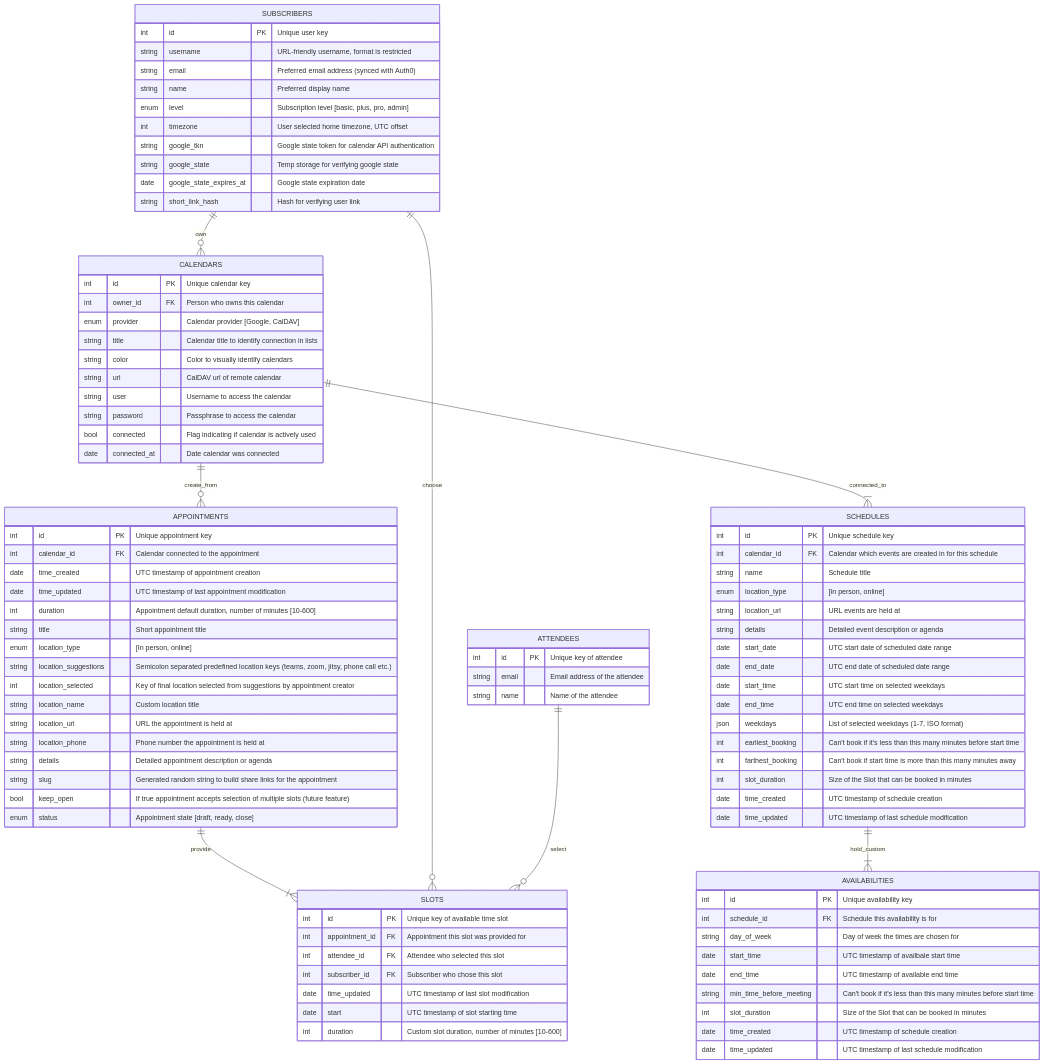
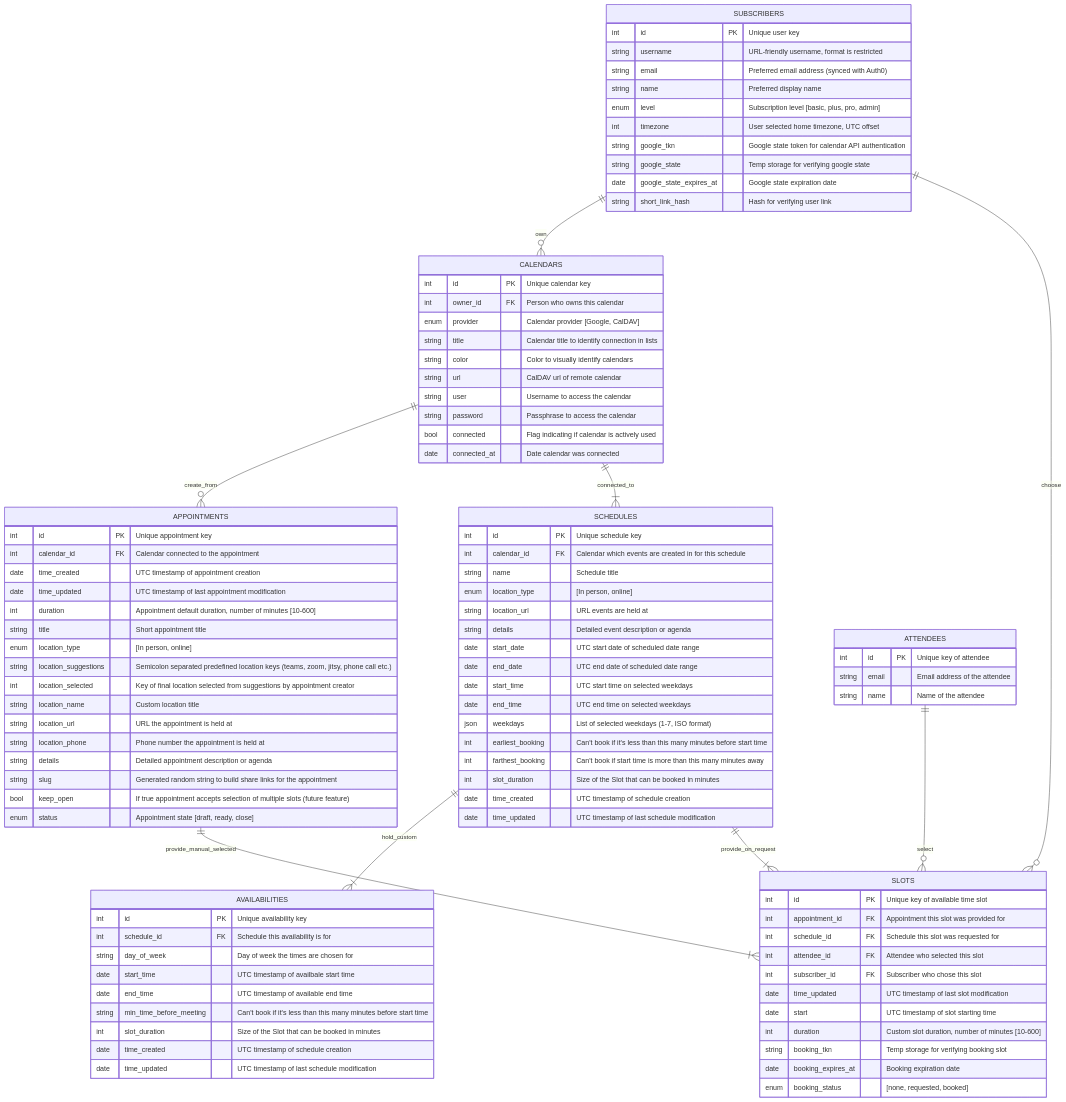
Before and after one commit to thunderbird/appointment: the second of 2 diagrams in docs/README.md, drawn with Mermaid. The commit also changed 21 other files, not shown here.

First line of the commit message:
Features/105 GA booking request flow (#159)

```diff
--- a/docs/README.md
+++ b/docs/README.md
@@ -115,6 +115,7 @@
     date time_updated "UTC timestamp of last schedule modification"
   }
   SCHEDULES ||--|{ AVAILABILITIES : hold_custom
+  SCHEDULES ||--|{ SLOTS : provide_on_request
   AVAILABILITIES {
     int id PK "Unique availability key"
     int schedule_id FK "Schedule this availability is for"
@@ -126,15 +127,19 @@
     date time_created "UTC timestamp of schedule creation"
     date time_updated "UTC timestamp of last schedule modification"
   }
-  APPOINTMENTS ||--|{ SLOTS : provide
+  APPOINTMENTS ||--|{ SLOTS : provide_manual_selected
   SLOTS {
     int id PK "Unique key of available time slot"
     int appointment_id FK "Appointment this slot was provided for"
+    int schedule_id FK "Schedule this slot was requested for"
     int attendee_id FK "Attendee who selected this slot"
     int subscriber_id FK "Subscriber who chose this slot"
     date time_updated "UTC timestamp of last slot modification"
     date start "UTC timestamp of slot starting time"
     int duration "Custom slot duration, number of minutes [10-600]"
+    string booking_tkn "Temp storage for verifying booking slot"
+    date booking_expires_at "Booking expiration date"
+    enum booking_status "[none, requested, booked]"
   }
   SUBSCRIBERS ||--o{ SLOTS : choose
   ATTENDEES ||--o{ SLOTS : select
```
